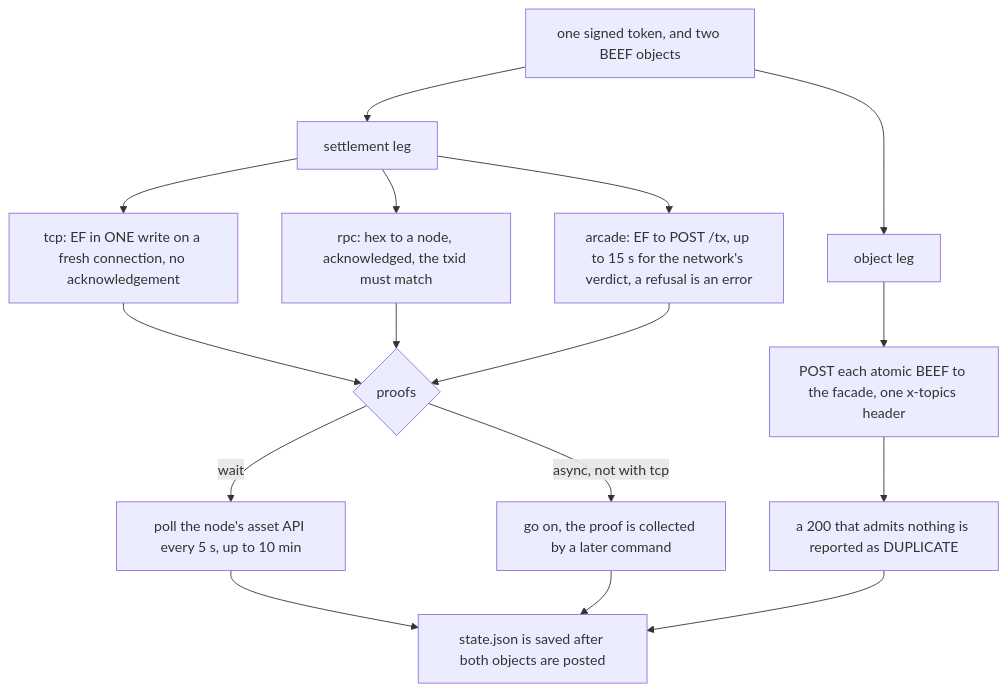
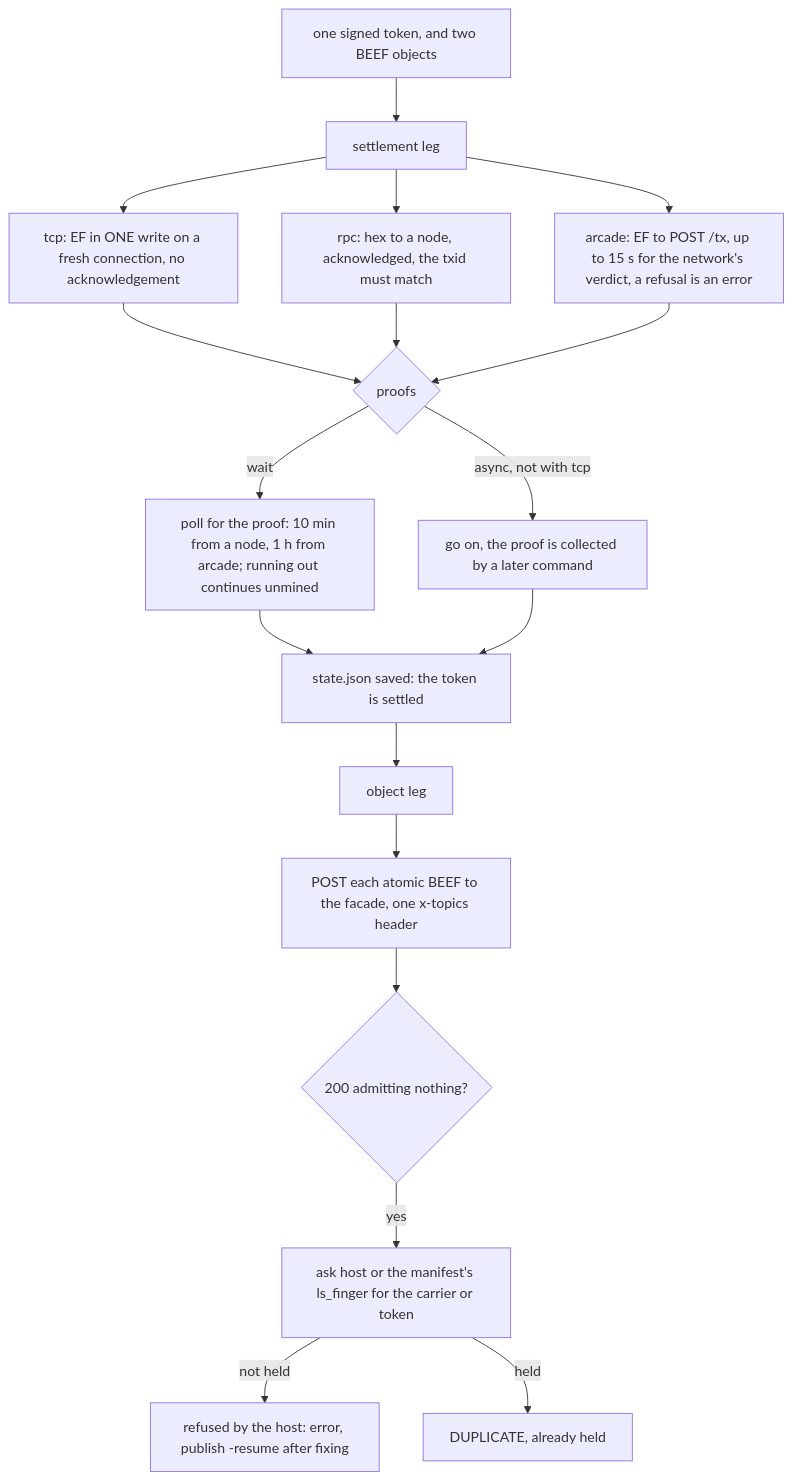
Before and after one commit to lightwebinc/bfinger: diagram 12 of 19 in docs/flows.md, drawn with Mermaid. The commit also changed 4 other files, not shown here.

````diff
--- a/docs/flows.md
+++ b/docs/flows.md
@@ -356,18 +356,20 @@
 ```mermaid
 flowchart TD
   TX["one signed token, and two BEEF objects"] --> L1["settlement leg"]
-  TX --> L2["object leg"]
   L1 --> EF["tcp: EF in ONE write on a fresh connection, no acknowledgement"]
   L1 --> RPC["rpc: hex to a node, acknowledged, the txid must match"]
   L1 --> ARC["arcade: EF to POST /tx, up to 15 s for the network's verdict, a refusal is an error"]
   EF --> MINE{"proofs"}
   RPC --> MINE
   ARC --> MINE
-  MINE -->|"wait"| POLL["poll the node's asset API every 5 s, up to 10 min"]
+  MINE -->|"wait"| POLL["poll for the proof: 10 min from a node, 1 h from arcade; running out continues unmined"]
   MINE -->|"async, not with tcp"| GO["go on, the proof is collected by a later command"]
+  POLL --> STATE["state.json saved: the token is settled"]
+  GO --> STATE
+  STATE --> L2["object leg"]
   L2 --> POST["POST each atomic BEEF to the facade, one x-topics header"]
-  POST --> STEAK["a 200 that admits nothing is reported as DUPLICATE"]
-  POLL --> STATE["state.json is saved after both objects are posted"]
-  GO --> STATE
-  STEAK --> STATE
+  POST --> STEAK{"200 admitting nothing?"}
+  STEAK -->|"yes"| CHECK["ask host or the manifest's ls_finger for the carrier or token"]
+  CHECK -->|"not held"| REF["refused by the host: error, publish -resume after fixing"]
+  CHECK -->|"held"| DONE["DUPLICATE, already held"]
 ```
````
